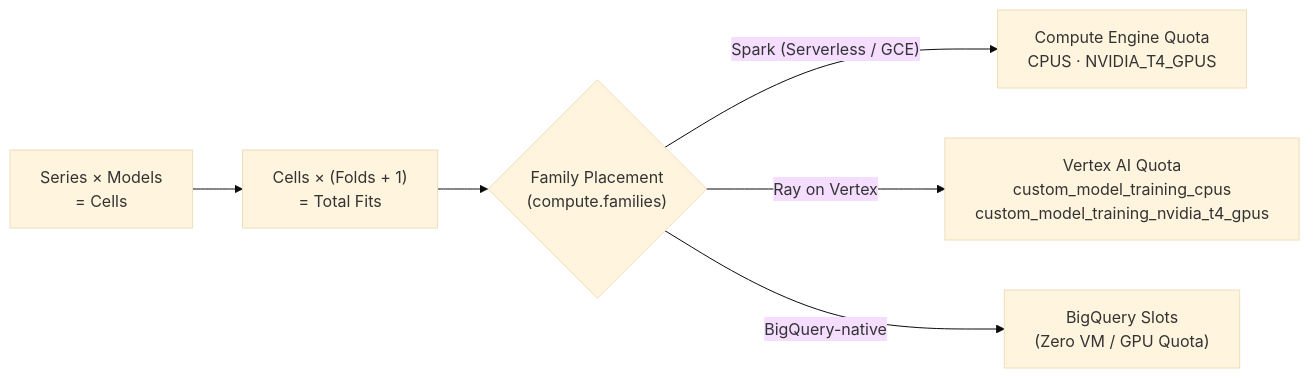
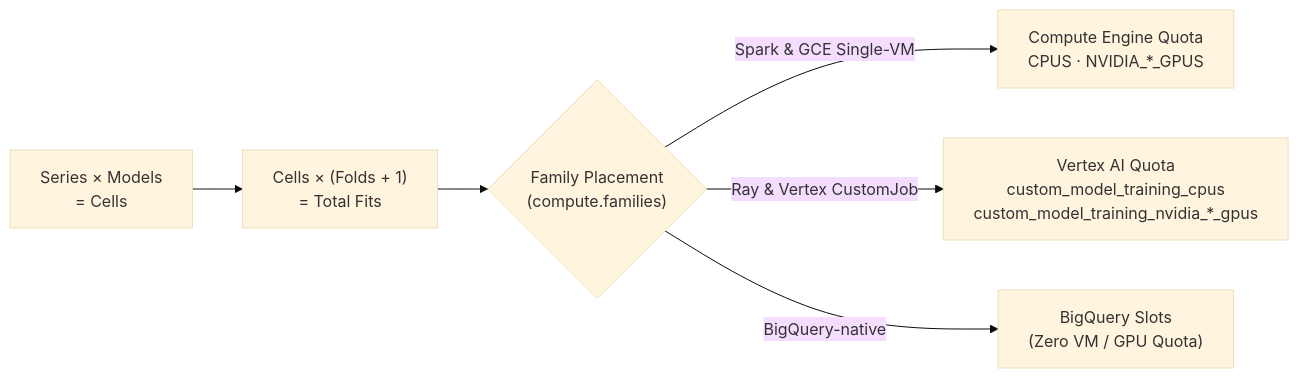
Before and after one commit to statmike/scale-forecasting: the diagram in docs/quota_and_scale.md, drawn with Mermaid (base theme). The commit also changed other lines of this file and 69 other files, not shown here.

First line of the commit message:
feat(compute): add vertex and gce runtimes, unified compute params, GPU-VM catalog, and AGENTS.md

````diff
--- a/docs/quota_and_scale.md
+++ b/docs/quota_and_scale.md
@@ -18,8 +18,8 @@
 ```mermaid
 flowchart LR
     Workload["Series × Models\n= Cells"] --> Fits["Cells × (Folds + 1)\n= Total Fits"]
     Fits --> Split{"Family Placement\n(compute.families)"}
-    Split -->|"Spark (Serverless / GCE)"| GCE["Compute Engine Quota\nCPUS · NVIDIA_T4_GPUS"]
-    Split -->|"Ray on Vertex"| VTX["Vertex AI Quota\ncustom_model_training_cpus\ncustom_model_training_nvidia_t4_gpus"]
+    Split -->|"Spark & GCE Single-VM"| GCE["Compute Engine Quota\nCPUS · NVIDIA_*_GPUS"]
+    Split -->|"Ray & Vertex CustomJob"| VTX["Vertex AI Quota\ncustom_model_training_cpus\ncustom_model_training_nvidia_*_gpus"]
     Split -->|"BigQuery-native"| BQS["BigQuery Slots\n(Zero VM / GPU Quota)"]
 ```
````
